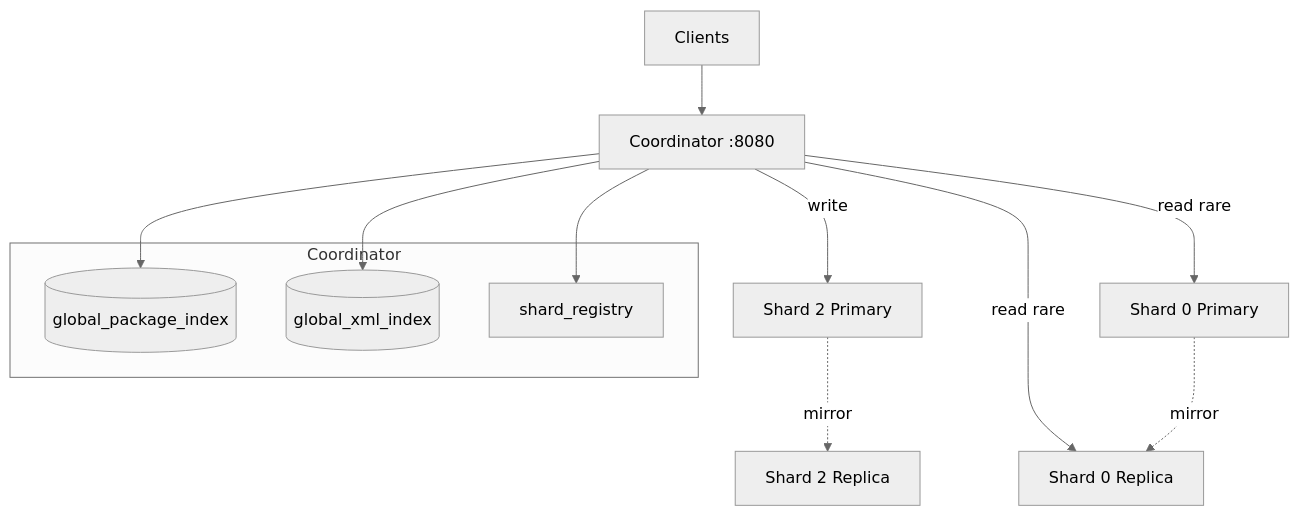
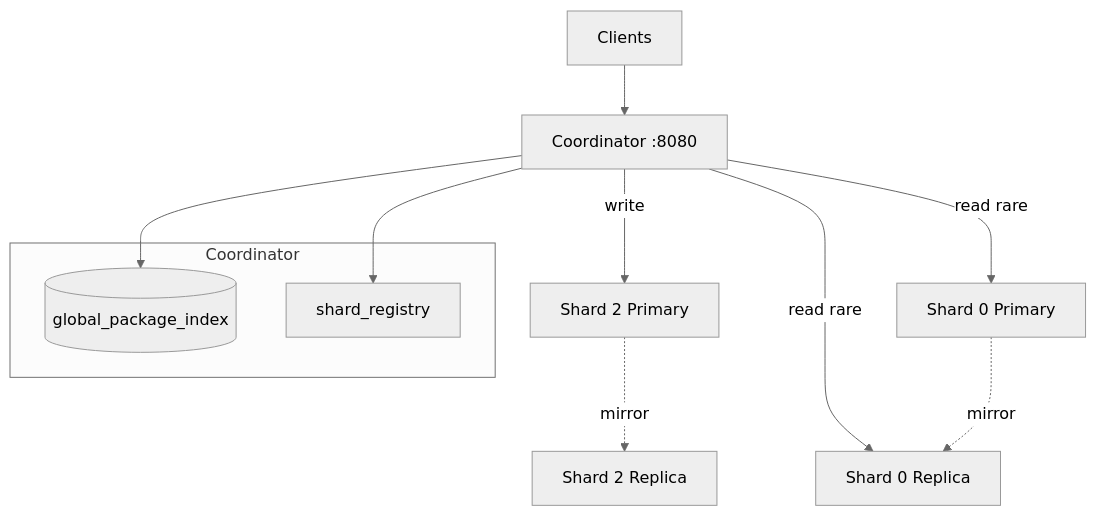
Before and after one commit to tormoz70/little-big-files: the second of 5 diagrams in docs/sharding-model.md, drawn with Mermaid (neutral theme). The commit also changed other lines of this file and 38 other files, not shown here.

````diff
--- a/docs/sharding-model.md
+++ b/docs/sharding-model.md
@@ -36,21 +36,19 @@
 ```mermaid
 flowchart TB
     client[Clients] --> coord[Coordinator :8080]
 
     subgraph coord_layer [Coordinator]
         gpi[(global_package_index)]
-        gxi[(global_xml_index)]
         sr[shard_registry]
     end
 
     coord --> gpi
-    coord --> gxi
     coord --> sr
 
     coord -->|write| activeP[Shard 2 Primary]
     coord -->|read rare| sealedP[Shard 0 Primary]
     coord -->|read rare| sealedR[Shard 0 Replica]
 
     activeP -.->|mirror| activeR[Shard 2 Replica]
     sealedP -.->|mirror| sealedR
 ```
````
